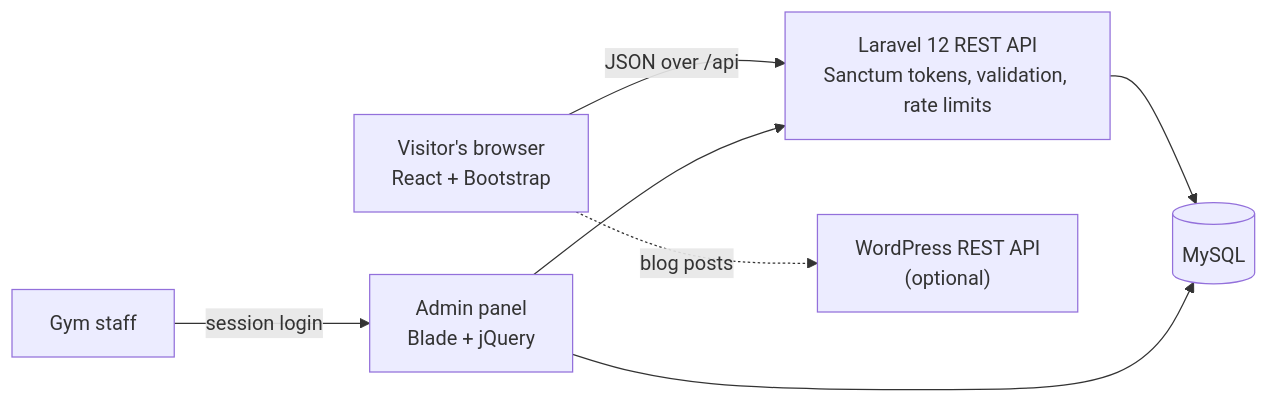
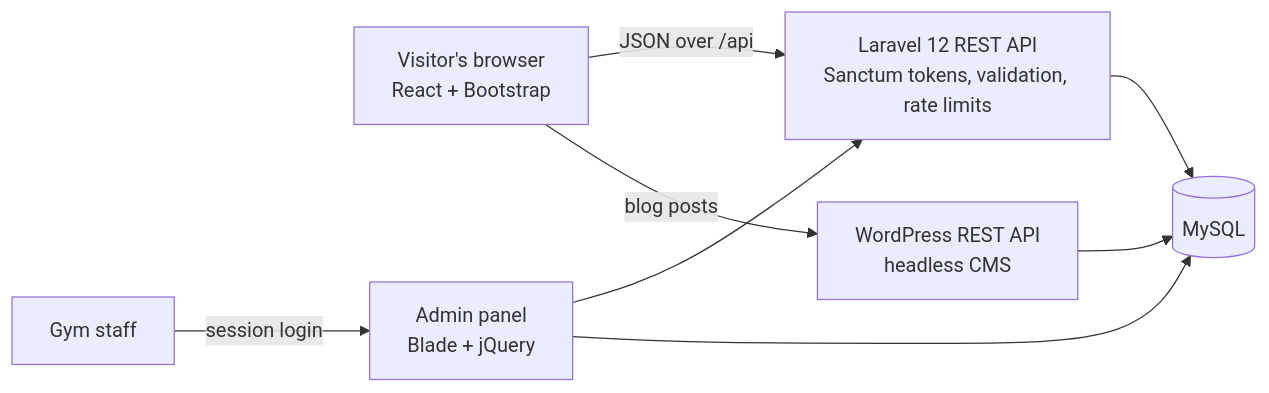
Before and after one commit to NovasHorizon/ironpeak-gym-management-system: the diagram in README.md, drawn with Mermaid. The commit also changed other lines of this file and 4 other files, not shown here.

First line of the commit message:
Connect the Blog page to WordPress as a headless CMS

````diff
--- a/README.md
+++ b/README.md
@@ -49,9 +49,10 @@
 ```mermaid
 flowchart LR
     Browser["Visitor's browser<br/>React + Bootstrap"] -->|JSON over /api| API["Laravel 12 REST API<br/>Sanctum tokens, validation, rate limits"]
     Staff["Gym staff"] -->|session login| Admin["Admin panel<br/>Blade + jQuery"]
     Admin --> API
     API --> DB[("MySQL")]
     Admin --> DB
-    Browser -.->|blog posts| WP["WordPress REST API<br/>(optional)"]
+    Browser -->|blog posts| WP["WordPress REST API<br/>headless CMS"]
+    WP --> DB
 ```
````
